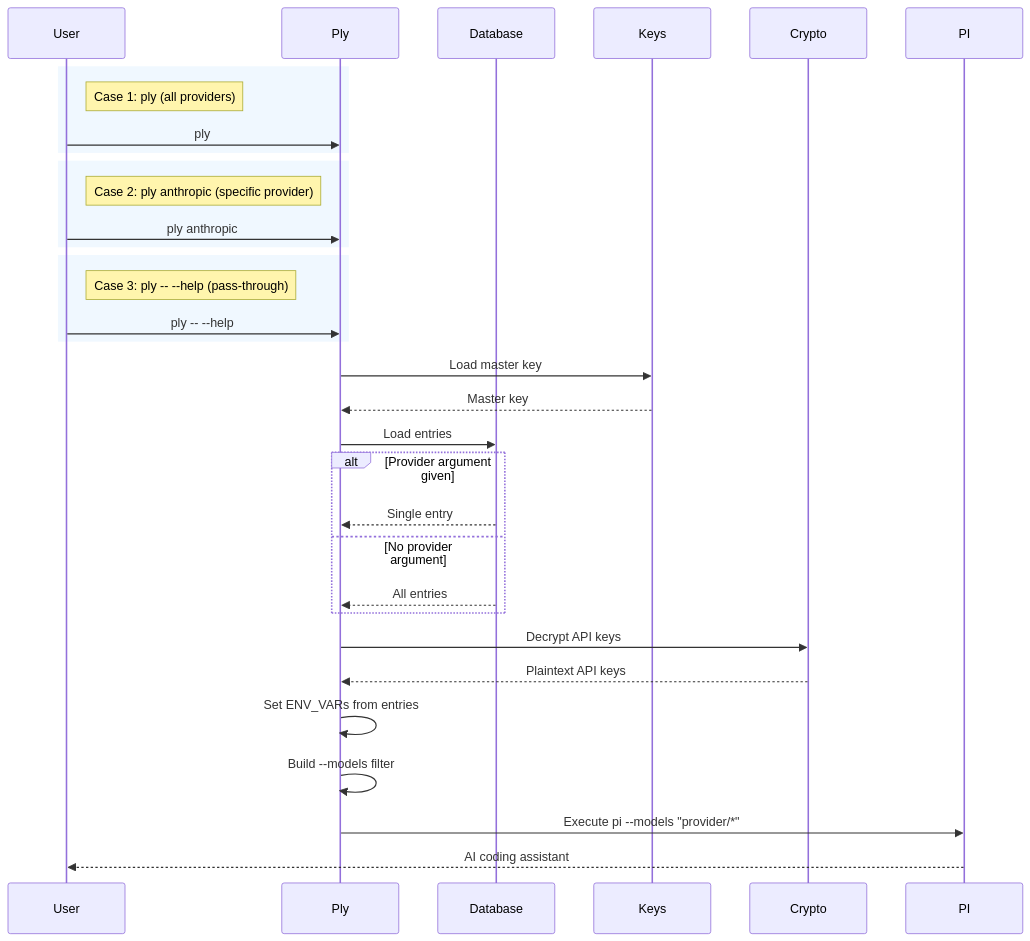
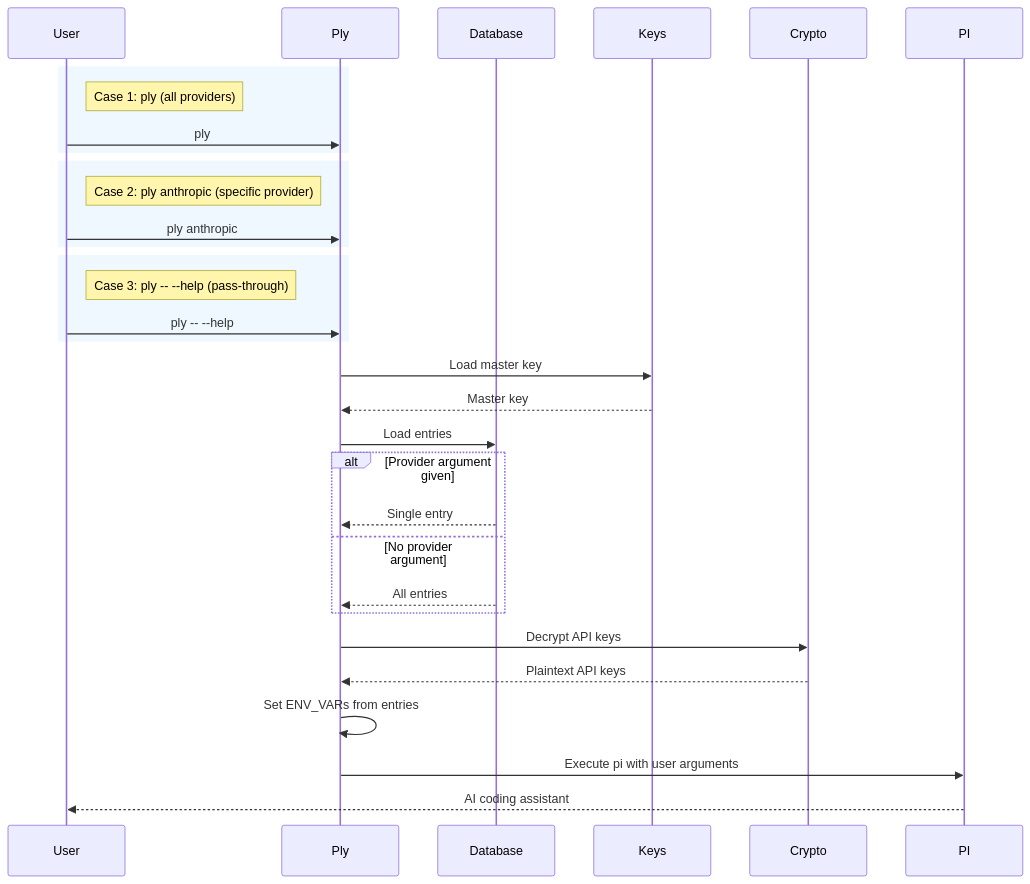
One commit to dkmnx/pyx changed the second of 4 diagrams in docs/architecture.md. Above: the diagram before and after it, drawn with Mermaid. The commit also changed 6 other files, not shown here.

````diff
--- a/docs/architecture.md
+++ b/docs/architecture.md
@@ -61,43 +61,42 @@
 ```mermaid
 sequenceDiagram
     participant User
     participant Ply
     participant Database
     participant Keys
     participant Crypto
     participant PI
 
     rect rgb(240, 248, 255)
         note right of User: Case 1: ply (all providers)
         User->>Ply: ply
     end
 
     rect rgb(240, 248, 255)
         note right of User: Case 2: ply anthropic (specific provider)
         User->>Ply: ply anthropic
     end
 
     rect rgb(240, 248, 255)
         note right of User: Case 3: ply -- --help (pass-through)
         User->>Ply: ply -- --help
     end
 
     Ply->>Keys: Load master key
     Keys-->>Ply: Master key
 
     Ply->>Database: Load entries
     alt Provider argument given
         Database-->>Ply: Single entry
     else No provider argument
         Database-->>Ply: All entries
     end
 
     Ply->>Crypto: Decrypt API keys
     Crypto-->>Ply: Plaintext API keys
 
     Ply->>Ply: Set ENV_VARs from entries
-    Ply->>Ply: Build --models filter
 
-    Ply->>PI: Execute pi --models "provider/*"
+    Ply->>PI: Execute pi with user arguments
     PI-->>User: AI coding assistant
 ```
````
